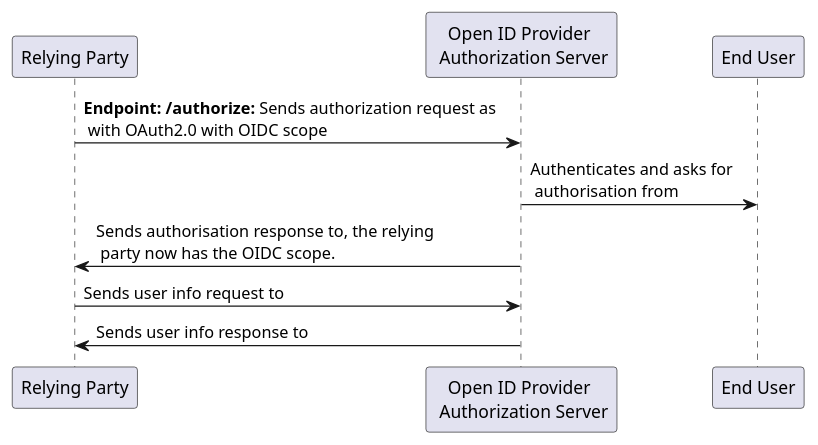
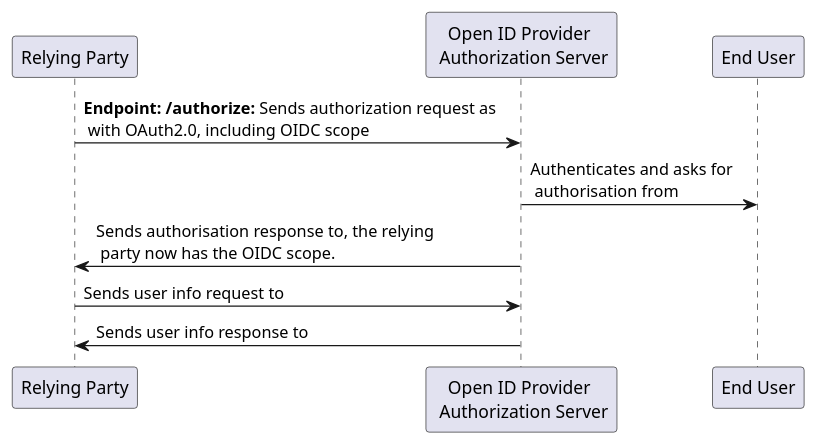
One commit to JamesCollerton/PlantUML-Diagrams changed the diagram in OAuth2/OIDC/OAuth-OIDC.puml. Above: the diagram before and after it, drawn with PlantUML. The commit also changed 2 other files, not shown here.

Commit message:
More OIDC diagrams

```diff
--- a/OAuth2/OIDC/OAuth-OIDC.puml
+++ b/OAuth2/OIDC/OAuth-OIDC.puml
@@ -1,13 +1,13 @@
 @startuml
 
 participant "Relying Party" as relying_party
 participant "Open ID Provider \n Authorization Server" as open_id_provider
 participant "End User" as end_user
 
-relying_party -> open_id_provider: **Endpoint: /authorize:** Sends authorization request as \n with OAuth2.0 with OIDC scope
+relying_party -> open_id_provider: **Endpoint: /authorize:** Sends authorization request as \n with OAuth2.0, including OIDC scope
 open_id_provider -> end_user: Authenticates and asks for \n authorisation from
 open_id_provider -> relying_party: Sends authorisation response to, the relying \n party now has the OIDC scope.
 relying_party -> open_id_provider: Sends user info request to
 open_id_provider -> relying_party: Sends user info response to
 
 @enduml
```
